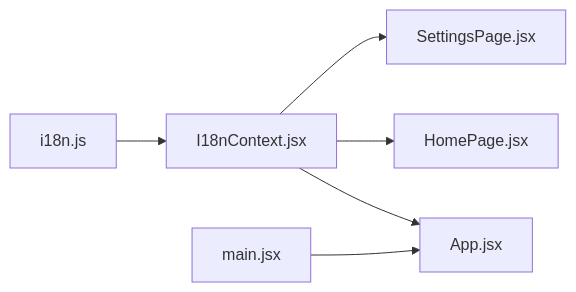
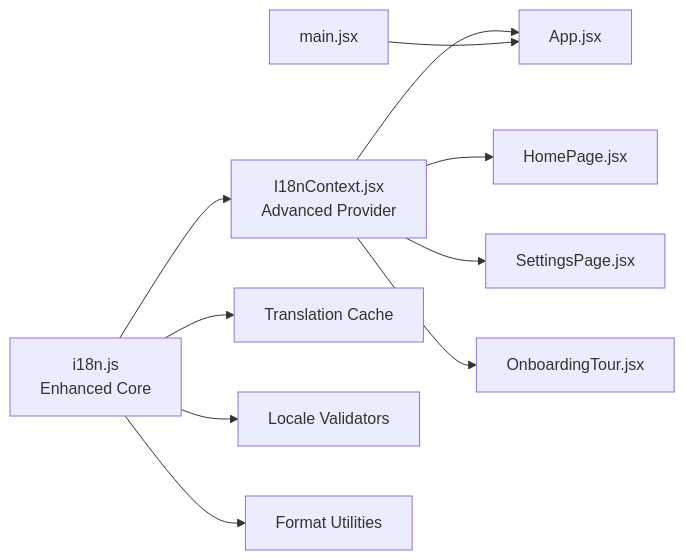
The fifth of 5 diagrams in .qoder/repowiki/en/content/Utility Libraries/Internationalization (i18n).md (zmyeo54/briefroom), drawn with Mermaid before and after one commit. The commit also changed other lines of this file and 41 other files, not shown here.

First line of the commit message:
docs(core-features): add detailed documentation for Mindmap Visualization and Onboarding Tour System

````diff
--- a/.qoder/repowiki/en/content/Utility Libraries/Internationalization (i18n).md
+++ b/.qoder/repowiki/en/content/Utility Libraries/Internationalization (i18n).md
@@ -240,8 +316,12 @@
 ```mermaid
 graph LR
-I18nJS["i18n.js"] --> I18nCtx["I18nContext.jsx"]
+I18nJS["i18n.js<br/>Enhanced Core"] --> I18nCtx["I18nContext.jsx<br/>Advanced Provider"]
 I18nCtx --> App["App.jsx"]
 I18nCtx --> Home["HomePage.jsx"]
 I18nCtx --> Settings["SettingsPage.jsx"]
+I18nCtx --> Onboarding["OnboardingTour.jsx"]
 Main["main.jsx"] --> App
+I18nJS --> Cache["Translation Cache"]
+I18nJS --> Validators["Locale Validators"]
+I18nJS --> Formatters["Format Utilities"]
 ```
````
